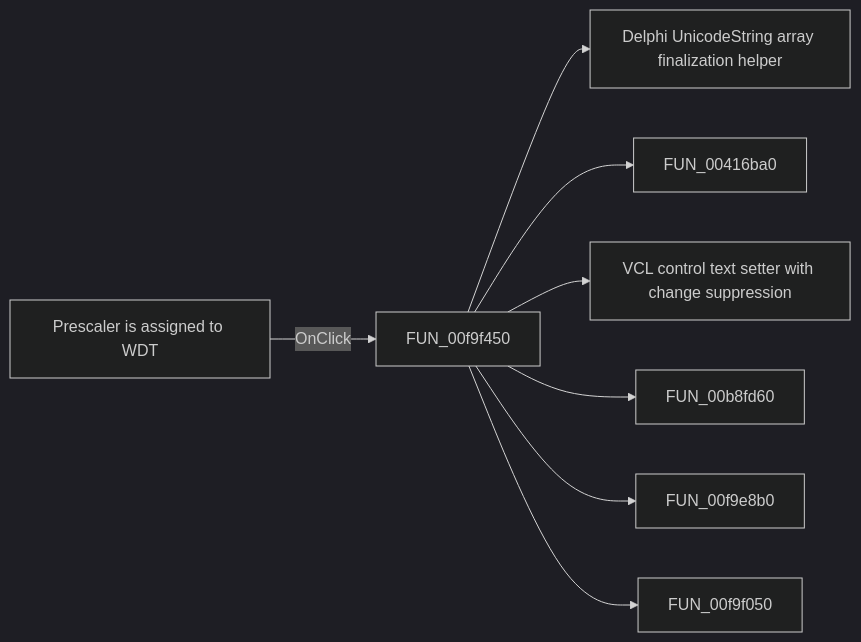
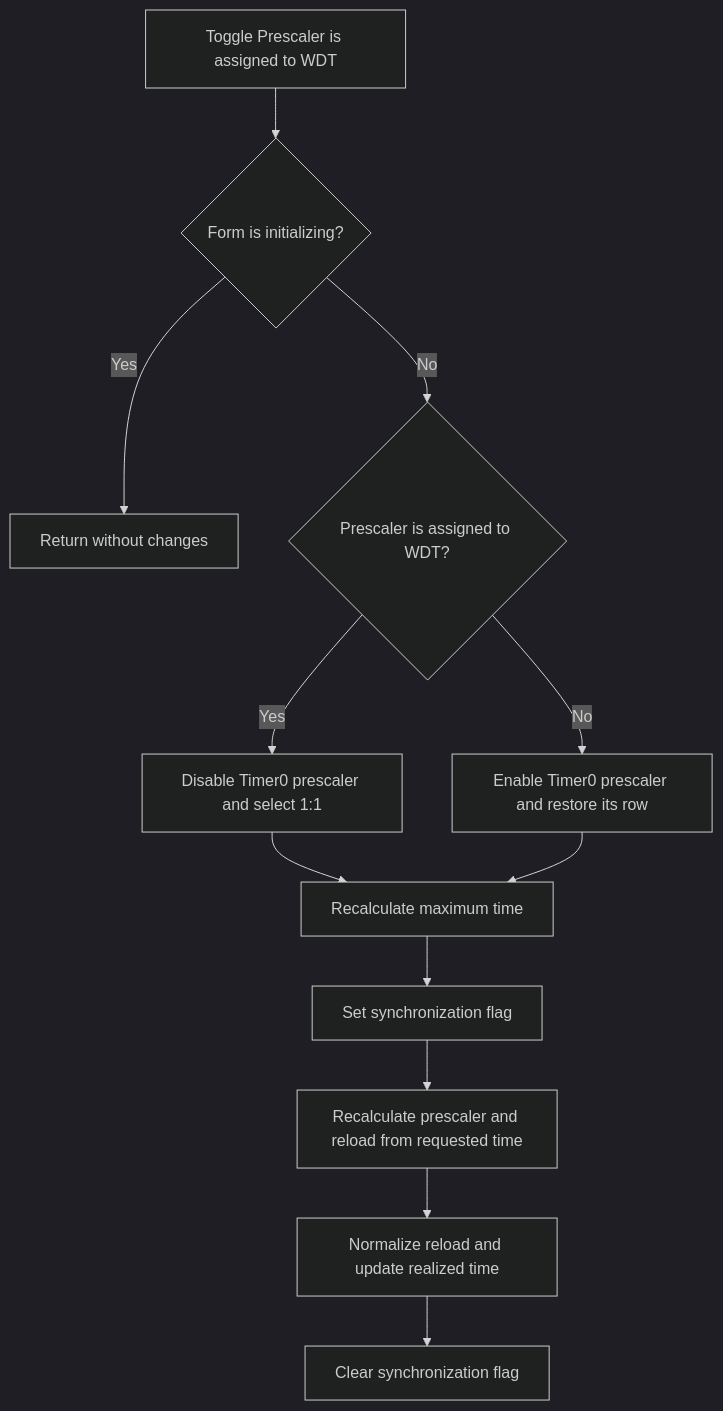
One commit to MovGP0/TIARA changed the diagram in docs/ui-controls/dlgflowchartinterrupttmr0/cbwdt-c7491f2dbe.md. Above: the diagram before and after it, drawn with Mermaid (dark theme). The commit also changed other lines of this file and 387 other files, not shown here.

````diff
--- a/docs/ui-controls/dlgflowchartinterrupttmr0/cbwdt-c7491f2dbe.md
+++ b/docs/ui-controls/dlgflowchartinterrupttmr0/cbwdt-c7491f2dbe.md
@@ -27,10 +53,14 @@
 ```mermaid
-flowchart LR
-    control["Prescaler is assigned to WDT"] -->|OnClick| handler["FUN_00f9f450"]
-    handler --> call1["Delphi UnicodeString array finalization helper"]
-    handler --> call2["FUN_00416ba0"]
-    handler --> call3["VCL control text setter with change suppression"]
-    handler --> call4["FUN_00b8fd60"]
-    handler --> call5["FUN_00f9e8b0"]
-    handler --> call6["FUN_00f9f050"]
+flowchart TD
+    control["Toggle Prescaler is assigned to WDT"] --> initializing{"Form is initializing?"}
+    initializing -->|Yes| noOp["Return without changes"]
+    initializing -->|No| assigned{"Prescaler is assigned to WDT?"}
+    assigned -->|Yes| watchdog["Disable Timer0 prescaler and select 1:1"]
+    assigned -->|No| timer["Enable Timer0 prescaler and restore its row"]
+    watchdog --> maximum["Recalculate maximum time"]
+    timer --> maximum
+    maximum --> guard["Set synchronization flag"]
+    guard --> time["Recalculate prescaler and reload from requested time"]
+    time --> reload["Normalize reload and update realized time"]
+    reload --> clear["Clear synchronization flag"]
 ```
````
